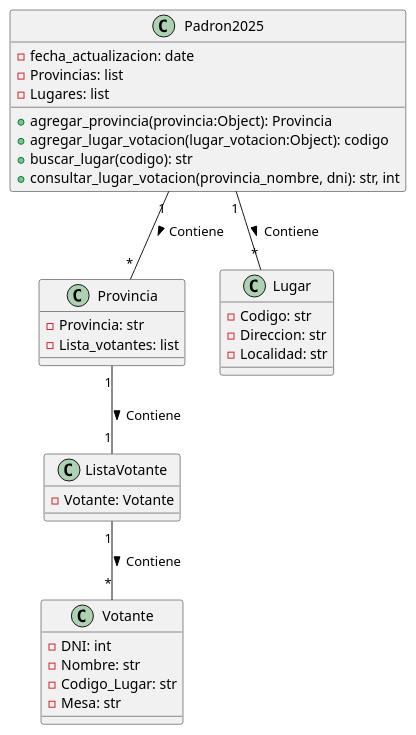
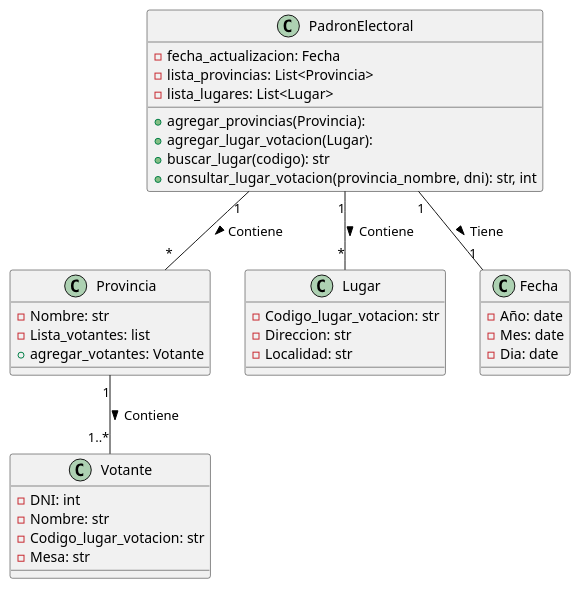
The diagram in Ejercicio6/Modelo/modelo.puml (FreddyUnemi2025/Taller-1), drawn with PlantUML before and after one commit. The commit also changed 14 other files, not shown here.

```diff
--- a/Ejercicio6/Modelo/modelo.puml
+++ b/Ejercicio6/Modelo/modelo.puml
@@ -1,40 +1,44 @@
 @startuml
 
 class Votante {
     - DNI: int
     - Nombre: str
-    - Codigo_Lugar: str
+    - Codigo_lugar_votacion: str
     - Mesa: str
 }
 
 class Provincia {
-    - Provincia: str
+    - Nombre: str
     - Lista_votantes: list
+    + agregar_votantes: Votante
 }
 
 class Lugar {
-    - Codigo: str
+    - Codigo_lugar_votacion: str
     - Direccion: str 
     - Localidad: str
 }
 
-class ListaVotante {
-    - Votante: Votante
-}
 
-class Padron2025 {
-    - fecha_actualizacion: date
-    - Provincias: list
-    - Lugares: list
-    + agregar_provincia(provincia:Object): Provincia
-    + agregar_lugar_votacion(lugar_votacion:Object): codigo
+class PadronElectoral {
+    - fecha_actualizacion: Fecha
+    - lista_provincias: List<Provincia>
+    - lista_lugares: List<Lugar>
+    + agregar_provincias(Provincia):
+    + agregar_lugar_votacion(Lugar):
     + buscar_lugar(codigo): str
     + consultar_lugar_votacion(provincia_nombre, dni): str, int
 }
 
-Padron2025 "1" -- "*" Lugar : Contiene >
-Padron2025 "1" -- "*" Provincia : Contiene >
-Provincia "1" -- "1" ListaVotante: Contiene >
-ListaVotante "1" -- "*" Votante: Contiene >
+class Fecha {
+    - Año: date
+    - Mes: date
+    - Dia: date
+}
+
+PadronElectoral "1" -- "1" Fecha: Tiene >
+PadronElectoral "1" -- "*" Lugar : Contiene >
+PadronElectoral "1" -- "*" Provincia : Contiene >
+Provincia "1" -- "1..*" Votante: Contiene >
 
 @enduml
```
